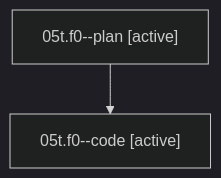
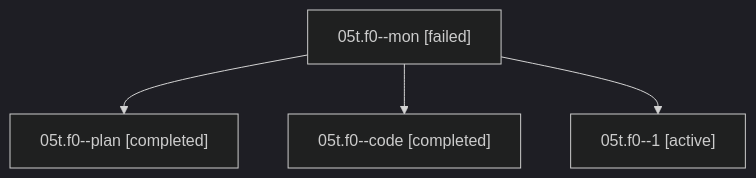
One commit to sase-org/sase--agents changed the diagram in families/bbugyi200.athena.05t.f0.md. Above: the diagram before and after it, drawn with Mermaid (dark theme). The commit also changed other lines of this file and 31 other files, not shown here.

````diff
--- a/families/bbugyi200.athena.05t.f0.md
+++ b/families/bbugyi200.athena.05t.f0.md
@@ -9,6 +9,10 @@
 ```mermaid
 flowchart TD
-  n0["05t.f0--plan [active]"]
-  n1["05t.f0--code [active]"]
+  n0["05t.f0--mon [failed]"]
+  n1["05t.f0--plan [completed]"]
   n0 --> n1
+  n2["05t.f0--code [completed]"]
+  n0 --> n2
+  n3["05t.f0--1 [active]"]
+  n0 --> n3
 ```
````
